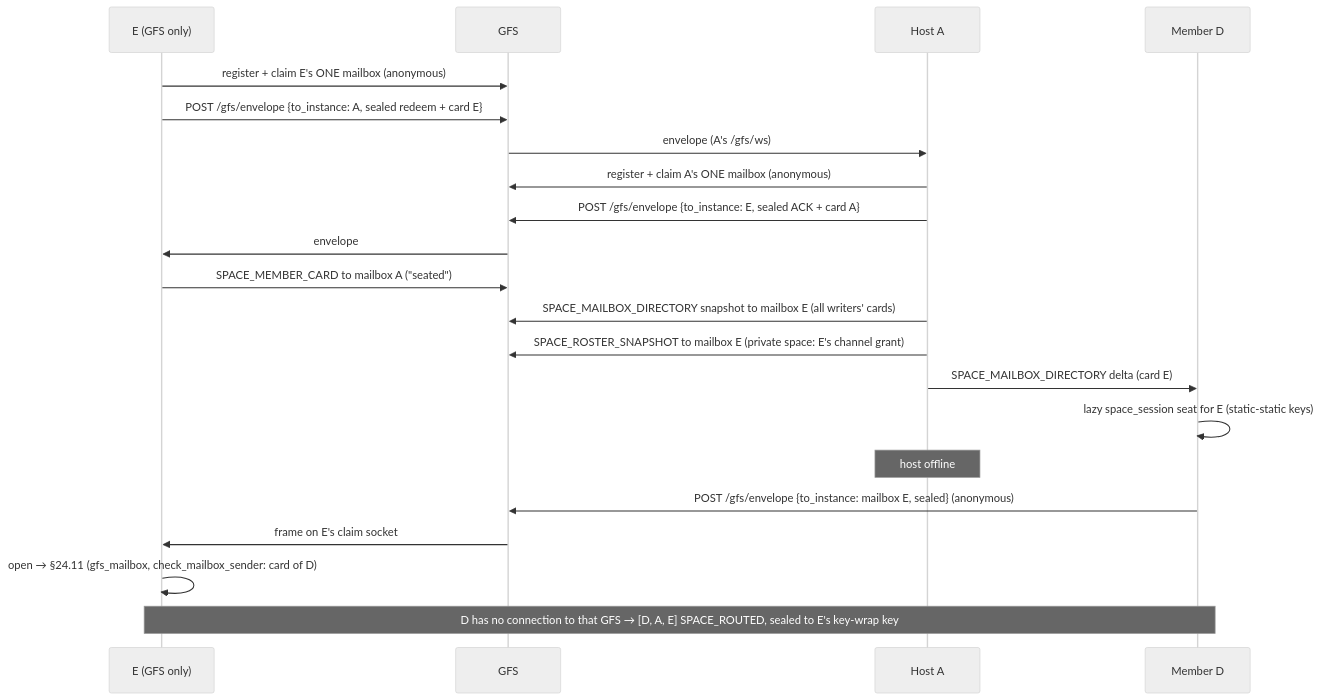
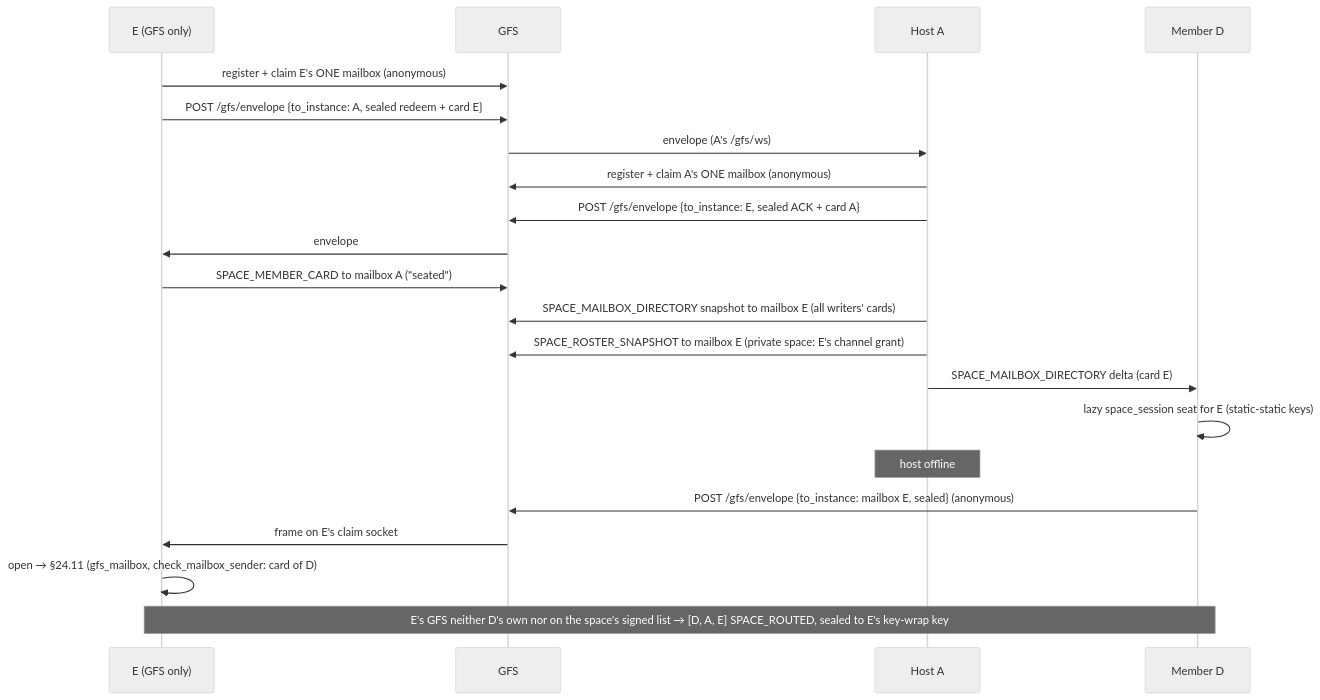
Before and after one commit to social-home-io/socialhome: the sixth of 8 diagrams in docs/protocol/gfs-relay.md, drawn with Mermaid (neutral theme). The commit also changed other lines of this file and 1 other file, not shown here.

Commit message:
Docs: multi uploads go to every GFS on the space's signed list

````diff
--- a/docs/protocol/gfs-relay.md
+++ b/docs/protocol/gfs-relay.md
@@ -1516,23 +1520,23 @@
 ```mermaid
 sequenceDiagram
     participant E as E (GFS only)
     participant G as GFS
     participant A as Host A
     participant D as Member D
     E->>G: register + claim E's ONE mailbox (anonymous)
     E->>G: POST /gfs/envelope {to_instance: A, sealed redeem + card E}
     G->>A: envelope (A's /gfs/ws)
     A->>G: register + claim A's ONE mailbox (anonymous)
     A->>G: POST /gfs/envelope {to_instance: E, sealed ACK + card A}
     G->>E: envelope
     E->>G: SPACE_MEMBER_CARD to mailbox A ("seated")
     A->>G: SPACE_MAILBOX_DIRECTORY snapshot to mailbox E (all writers' cards)
     A->>G: SPACE_ROSTER_SNAPSHOT to mailbox E (private space: E's channel grant)
     A->>D: SPACE_MAILBOX_DIRECTORY delta (card E)
     D->>D: lazy space_session seat for E (static-static keys)
     Note over A: host offline
     D->>G: POST /gfs/envelope {to_instance: mailbox E, sealed} (anonymous)
     G->>E: frame on E's claim socket
     E->>E: open → §24.11 (gfs_mailbox, check_mailbox_sender: card of D)
-    Note over D,E: D has no connection to that GFS → [D, A, E] SPACE_ROUTED, sealed to E's key-wrap key
+    Note over D,E: E's GFS neither D's own nor on the space's signed list → [D, A, E] SPACE_ROUTED, sealed to E's key-wrap key
 ```
````
